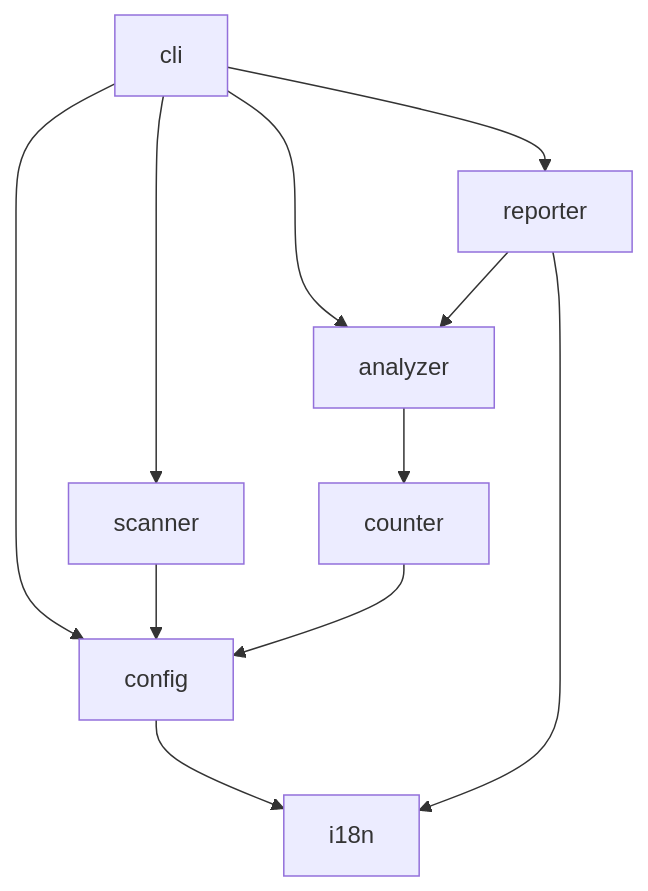
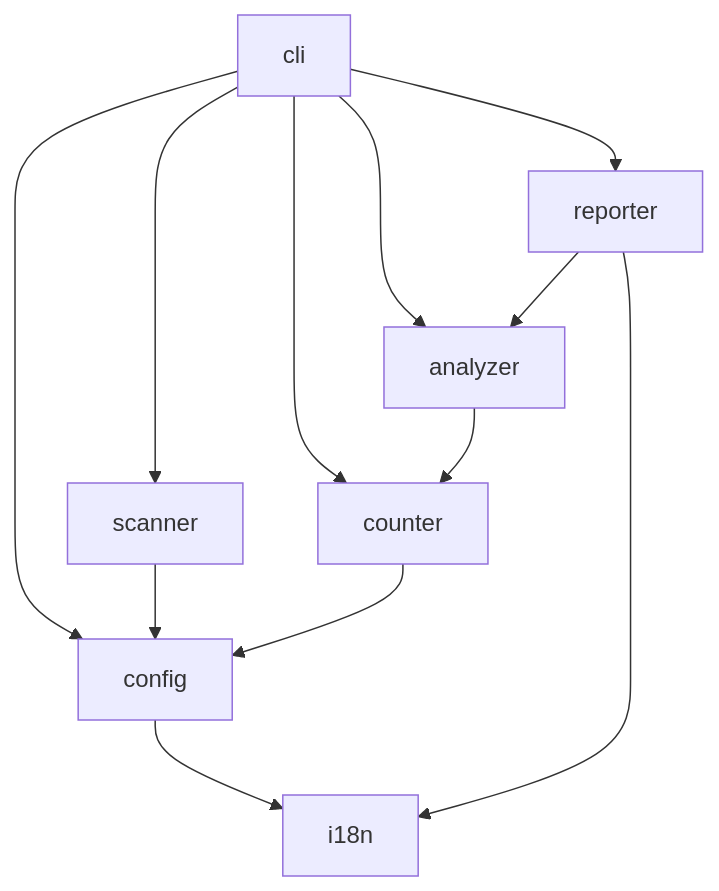
One commit to ousiassllc/Linterly changed the first of 3 diagrams in docs/components/overview.md. Above: the diagram before and after it, drawn with Mermaid. The commit also changed other lines of this file and 5 other files, not shown here.

````diff
--- a/docs/components/overview.md
+++ b/docs/components/overview.md
@@ -5,21 +5,22 @@
 ```mermaid
 graph TD
     CLI["cli"]
     Config["config"]
     Scanner["scanner"]
     Counter["counter"]
     Analyzer["analyzer"]
     Reporter["reporter"]
     I18n["i18n"]
 
     CLI --> Config
     CLI --> Scanner
+    CLI --> Counter
     CLI --> Analyzer
     CLI --> Reporter
     Config --> I18n
     Scanner --> Config
     Counter --> Config
     Analyzer --> Counter
     Reporter --> I18n
     Reporter --> Analyzer
 ```
````
